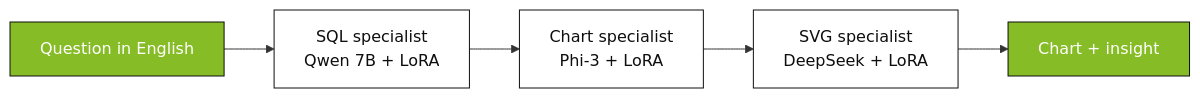
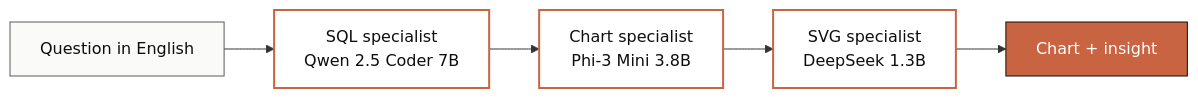
Before and after one commit to DanielRegaladoUMiami/sql-agent-llmops: the first of 6 diagrams in presentation/slides.md, drawn with Mermaid. The commit also changed other lines of this file, not shown here.

Commit message:
Update slides: project amber accent (#C96442) instead of Deloitte green; add clickable links throughout

````diff
--- a/presentation/slides.md
+++ b/presentation/slides.md
@@ -292,15 +286,17 @@
 ```mermaid
 flowchart LR
   Q["Question in English"]
-  A["SQL specialist<br/>Qwen 7B + LoRA"]
-  B["Chart specialist<br/>Phi-3 + LoRA"]
-  C["SVG specialist<br/>DeepSeek + LoRA"]
+  A["SQL specialist<br/>Qwen 2.5 Coder 7B"]
+  B["Chart specialist<br/>Phi-3 Mini 3.8B"]
+  C["SVG specialist<br/>DeepSeek 1.3B"]
   R["Chart + insight"]
 
   Q --> A --> B --> C --> R
 
-  classDef node fill:#FFFFFF,stroke:#0E0E0E,color:#0E0E0E
-  classDef accent fill:#86BC25,stroke:#0E0E0E,color:#FFFFFF
-  class Q,R accent
-  class A,B,C node
+  classDef in fill:#FAFAF9,stroke:#5A5A5A,color:#0E0E0E
+  classDef model fill:#FFFFFF,stroke:#C96442,color:#0E0E0E,stroke-width:2px
+  classDef out fill:#C96442,stroke:#0E0E0E,color:#FFFFFF
+  class Q in
+  class A,B,C model
+  class R out
 ```
````
